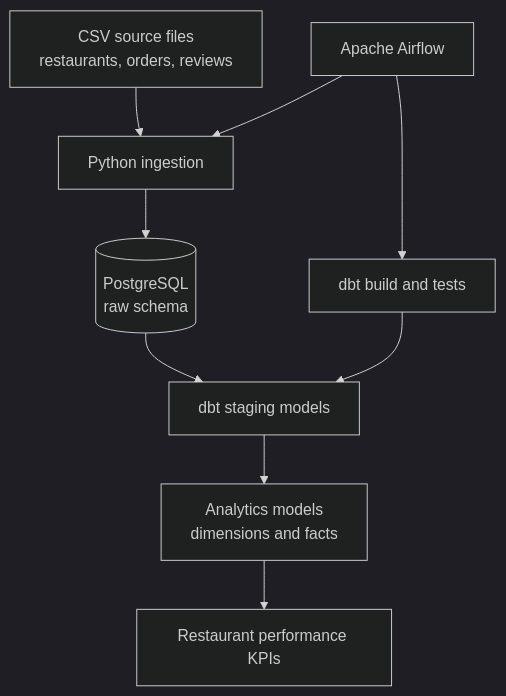
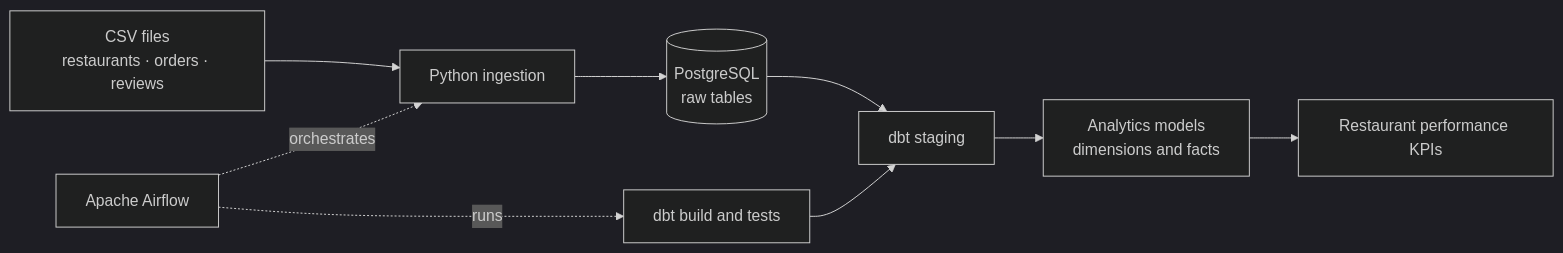
The diagram in README.md (kavin05-tech/Restaurant-Analytics-Data-Pipeline), drawn with Mermaid (dark theme) before and after one commit. The commit also changed other lines of this file, not shown here.

````diff
--- a/README.md
+++ b/README.md
@@ -13,11 +22,11 @@
 ```mermaid
-flowchart TD
-    A[CSV source files\nrestaurants, orders, reviews] --> B[Python ingestion]
-    B --> C[(PostgreSQL\nraw schema)]
-    C --> D[dbt staging models]
-    D --> E[Analytics models\ndimensions and facts]
+flowchart LR
+    A[CSV files<br/>restaurants · orders · reviews] --> B[Python ingestion]
+    B --> C[(PostgreSQL<br/>raw tables)]
+    C --> D[dbt staging]
+    D --> E[Analytics models<br/>dimensions and facts]
     E --> F[Restaurant performance KPIs]
-    G[Apache Airflow] --> B
-    G --> H[dbt build and tests]
+    G[Apache Airflow] -. orchestrates .-> B
+    G -. runs .-> H[dbt build and tests]
     H --> D
 ```
````
